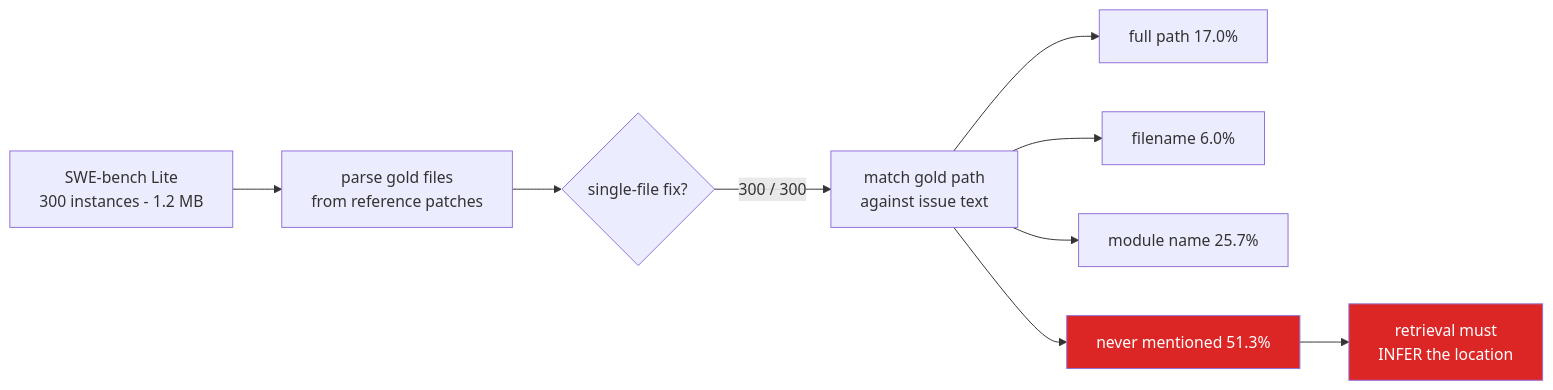
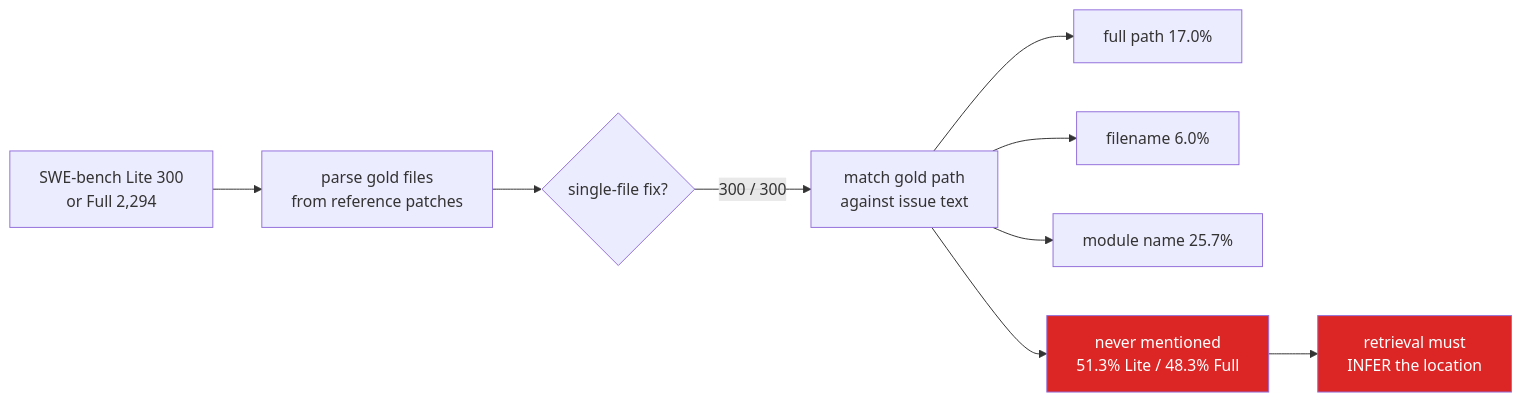
The diagram in README.md (hammasbuilds/swebench-localization), drawn with Mermaid before and after one commit. The commit also changed other lines of this file and 2 other files, not shown here.

First line of the commit message:
Measure on SWE-bench Full as well as Lite, 300 -> 1,725

````diff
--- a/README.md
+++ b/README.md
@@ -65,14 +77,14 @@
 ```mermaid
 flowchart LR
-    A["SWE-bench Lite<br/>300 instances - 1.2 MB"] --> B["parse gold files<br/>from reference patches"]
+    A["SWE-bench Lite 300<br/>or Full 2,294"] --> B["parse gold files<br/>from reference patches"]
     B --> C{"single-file fix?"}
     C -->|"300 / 300"| D["match gold path<br/>against issue text"]
     D --> E["full path 17.0%"]
     D --> F["filename 6.0%"]
     D --> G["module name 25.7%"]
-    D --> H["never mentioned 51.3%"]
+    D --> H["never mentioned<br/>51.3% Lite / 48.3% Full"]
     H --> I["retrieval must<br/>INFER the location"]
 
     style H fill:#dc2626,color:#fff
     style I fill:#dc2626,color:#fff
 ```
````
